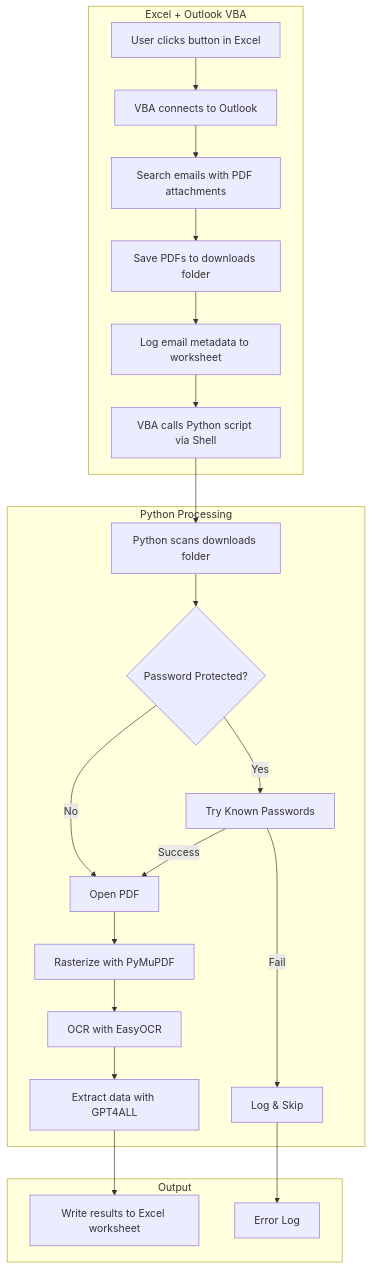
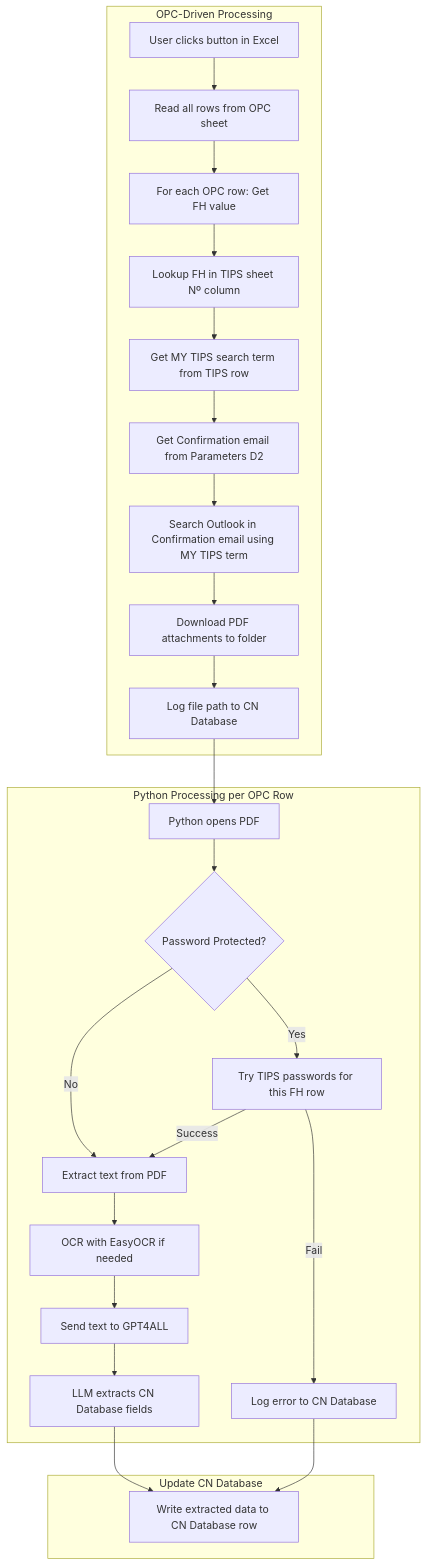
The first of 2 diagrams in PDF_Email_Extraction_Plan.md (robertoriosr1998/project-robot-2), drawn with Mermaid before and after one commit. The commit also changed other lines of this file and 15 other files, not shown here.

````diff
--- a/PDF_Email_Extraction_Plan.md
+++ b/PDF_Email_Extraction_Plan.md
@@ -5,27 +5,30 @@
 ```mermaid
 flowchart TD
-    subgraph excel_vba [Excel + Outlook VBA]
-        A[User clicks button in Excel] --> B[VBA connects to Outlook]
-        B --> C[Search emails with PDF attachments]
-        C --> D[Save PDFs to downloads folder]
-        D --> E[Log email metadata to worksheet]
-        E --> F[VBA calls Python script via Shell]
+    subgraph excel_vba [OPC-Driven Processing]
+        A[User clicks button in Excel] --> B[Read all rows from OPC sheet]
+        B --> C[For each OPC row: Get FH value]
+        C --> D[Lookup FH in TIPS sheet Nº column]
+        D --> E[Get MY TIPS search term from TIPS row]
+        E --> F[Get Confirmation email from Parameters D2]
+        F --> G[Search Outlook in Confirmation email using MY TIPS term]
+        G --> H[Download PDF attachments to folder]
+        H --> I[Log file path to CN Database]
     end
     
-    subgraph python_processing [Python Processing]
-        F --> G[Python scans downloads folder]
-        G --> H{Password Protected?}
-        H -->|Yes| I[Try Known Passwords]
-        H -->|No| J[Open PDF]
-        I -->|Success| J
-        I -->|Fail| K[Log & Skip]
-        J --> L[Rasterize with PyMuPDF]
-        L --> M[OCR with EasyOCR]
-        M --> N[Extract data with GPT4ALL]
+    subgraph python_processing [Python Processing per OPC Row]
+        I --> J[Python opens PDF]
+        J --> K{Password Protected?}
+        K -->|Yes| L[Try TIPS passwords for this FH row]
+        K -->|No| M[Extract text from PDF]
+        L -->|Success| M
+        L -->|Fail| N[Log error to CN Database]
+        M --> O[OCR with EasyOCR if needed]
+        O --> P[Send text to GPT4ALL]
+        P --> Q[LLM extracts CN Database fields]
     end
     
-    subgraph output [Output]
-        N --> O[Write results to Excel worksheet]
-        K --> P[Error Log]
+    subgraph output [Update CN Database]
+        Q --> R[Write extracted data to CN Database row]
+        N --> R
     end
 ```
````
